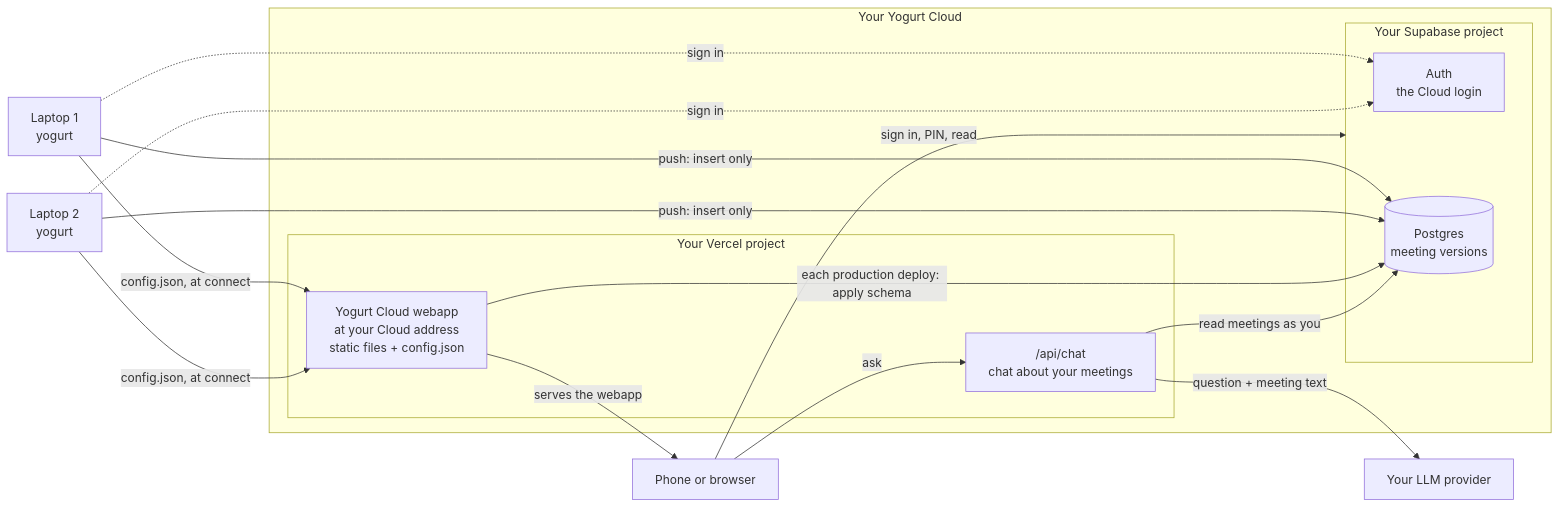
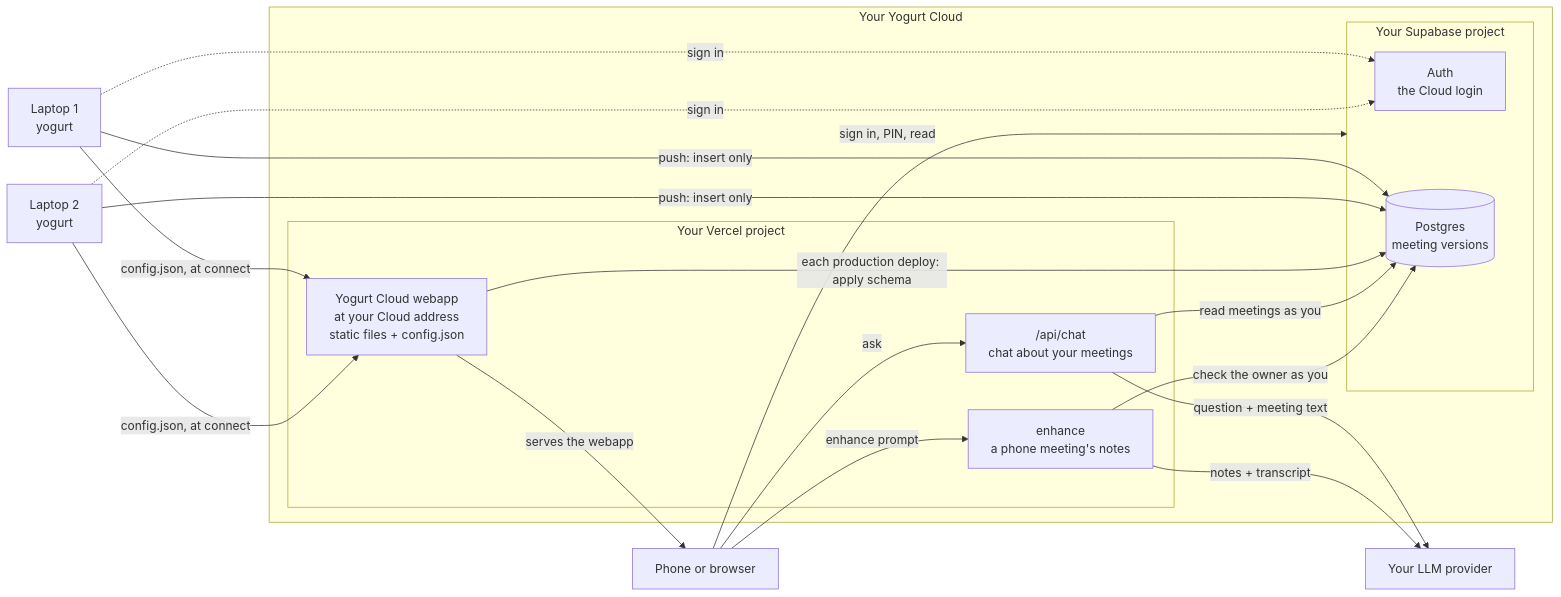
One commit to jarvisrchen/yogurt changed the first of 3 diagrams in docs/CLOUD-SYNC.md. Above: the diagram before and after it, drawn with Mermaid. The commit also changed other lines of this file and 182 other files, not shown here.

First line of the commit message:
MOB-1: Record, enhance, and chat about a meeting on a phone, with an Android app and Mac adoption (#236)

````diff
--- a/docs/CLOUD-SYNC.md
+++ b/docs/CLOUD-SYNC.md
@@ -24,27 +25,31 @@
 ```mermaid
 flowchart LR
   L1["Laptop 1<br/>yogurt"]
   L2["Laptop 2<br/>yogurt"]
   subgraph YC["Your Yogurt Cloud"]
     subgraph VC["Your Vercel project"]
       WEB["Yogurt Cloud webapp<br/>at your Cloud address<br/>static files + config.json"]
       CHAT["/api/chat<br/>chat about your meetings"]
+      ENH["enhance<br/>a phone meeting's notes"]
     end
     subgraph SB["Your Supabase project"]
       AUTH["Auth<br/>the Cloud login"]
       DB[("Postgres<br/>meeting versions")]
     end
   end
   PH["Phone or browser"]
   LLM["Your LLM provider"]
 
   L1 & L2 -- "push: insert only" --> DB
   L1 & L2 -. "sign in" .-> AUTH
   L1 & L2 -- "config.json, at connect" --> WEB
   WEB -- "each production deploy: apply schema" --> DB
   WEB -- "serves the webapp" --> PH
   PH -- "sign in, PIN, read" --> SB
   PH -- "ask" --> CHAT
   CHAT -- "read meetings as you" --> DB
   CHAT -- "question + meeting text" --> LLM
+  PH -- "enhance prompt" --> ENH
+  ENH -- "check the owner as you" --> DB
+  ENH -- "notes + transcript" --> LLM
 ```
````
